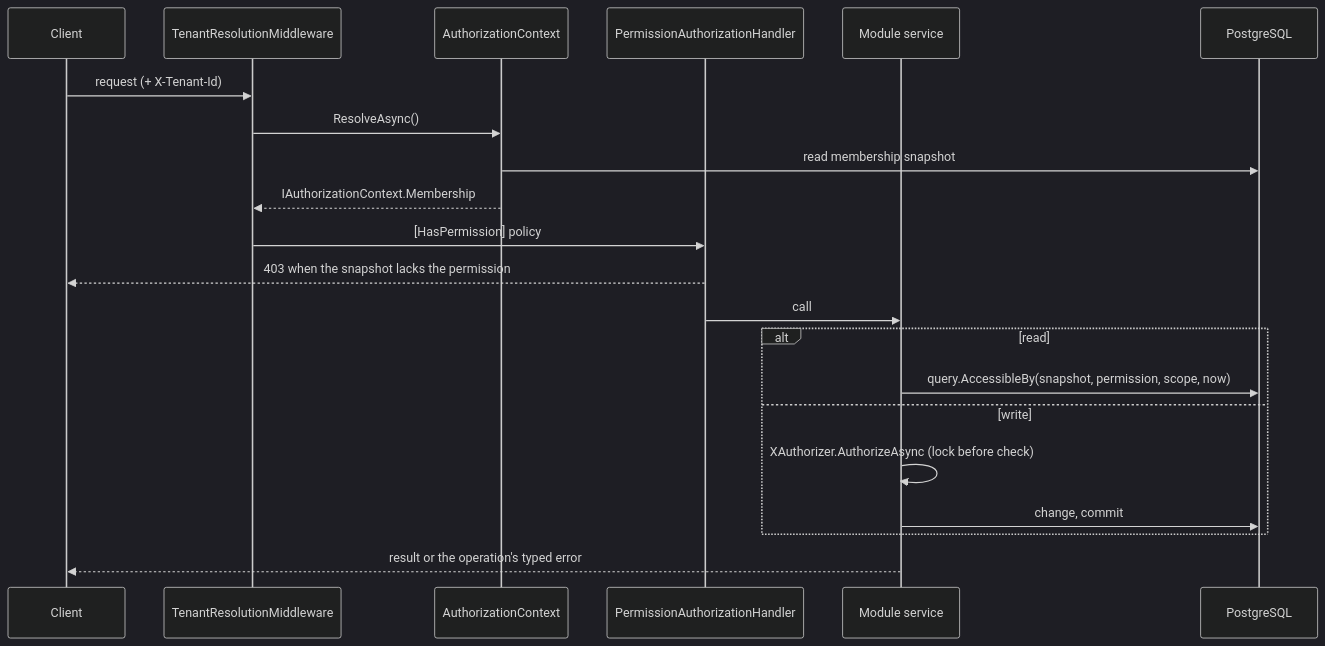
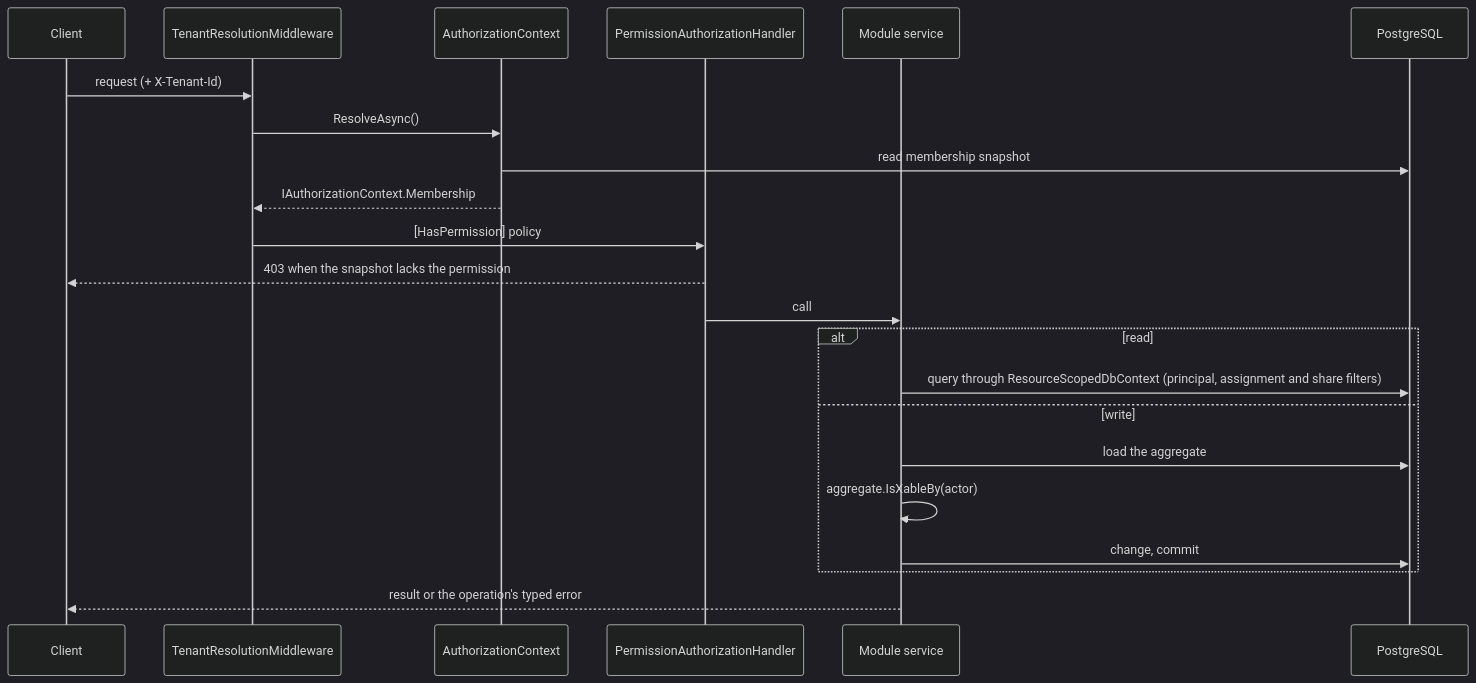
One commit to Concertable/b2b changed the diagram in ARCHITECTURE.md. Above: the diagram before and after it, drawn with Mermaid (dark theme). The commit also changed other lines of this file and 2 other files, not shown here.

First line of the commit message:
Document authorization as RBAC catalog, principal rules and assignments

````diff
--- a/ARCHITECTURE.md
+++ b/ARCHITECTURE.md
@@ -184,23 +187,24 @@
 ```mermaid
 sequenceDiagram
     participant Client
     participant Middleware as TenantResolutionMiddleware
     participant Context as AuthorizationContext
     participant Gate as PermissionAuthorizationHandler
     participant Service as Module service
     participant Db as PostgreSQL
     Client->>Middleware: request (+ X-Tenant-Id)
     Middleware->>Context: ResolveAsync()
     Context->>Db: read membership snapshot
     Context-->>Middleware: IAuthorizationContext.Membership
     Middleware->>Gate: [HasPermission] policy
     Gate-->>Client: 403 when the snapshot lacks the permission
     Gate->>Service: call
     alt read
-        Service->>Db: query.AccessibleBy(snapshot, permission, scope, now)
+        Service->>Db: query through ResourceScopedDbContext (principal, assignment and share filters)
     else write
-        Service->>Service: XAuthorizer.AuthorizeAsync (lock before check)
+        Service->>Db: load the aggregate
+        Service->>Service: aggregate.IsXableBy(actor)
         Service->>Db: change, commit
     end
     Service-->>Client: result or the operation's typed error
 ```
````
